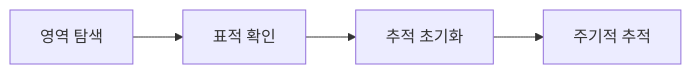
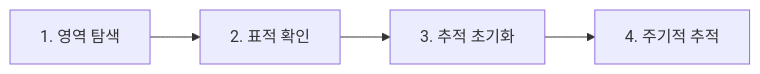
The first of 3 diagrams in README.md (AESAlien/aesa-processor), drawn with Mermaid before and after one commit. The commit also changed other lines of this file and 57 other files, not shown here.

First line of the commit message:
refactor: 트랙 도메인 책임 정리와 모듈 다이어그램 보강 (#152)

````diff
--- a/README.md
+++ b/README.md
@@ -19,11 +5,11 @@
 ```mermaid
 flowchart LR
-    Search[영역 탐색]
-    Confirm[표적 확인]
-    Initialize[추적 초기화]
-    Track[주기적 추적]
+    Search[1. 영역 탐색]
+    Confirm[2. 표적 확인]
+    Initialize[3. 추적 초기화]
+    Track[4. 주기적 추적]
 
     Search --> Confirm
     Confirm --> Initialize
     Initialize --> Track
 ```
````
